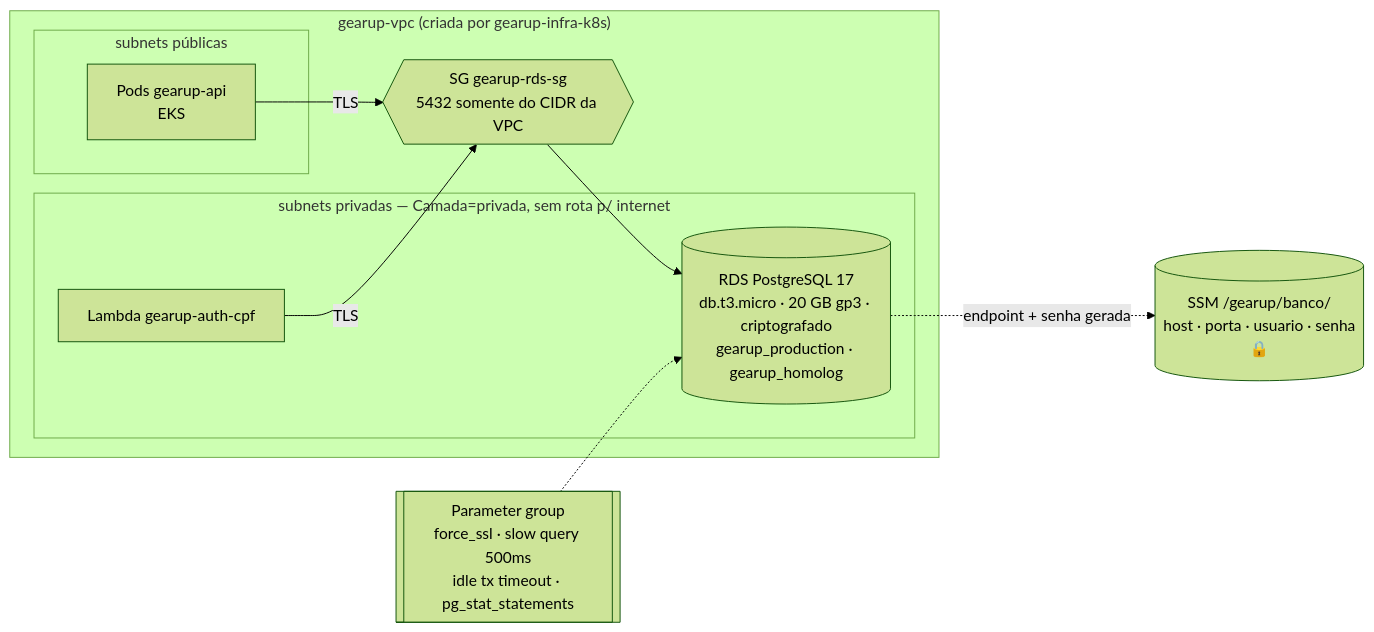
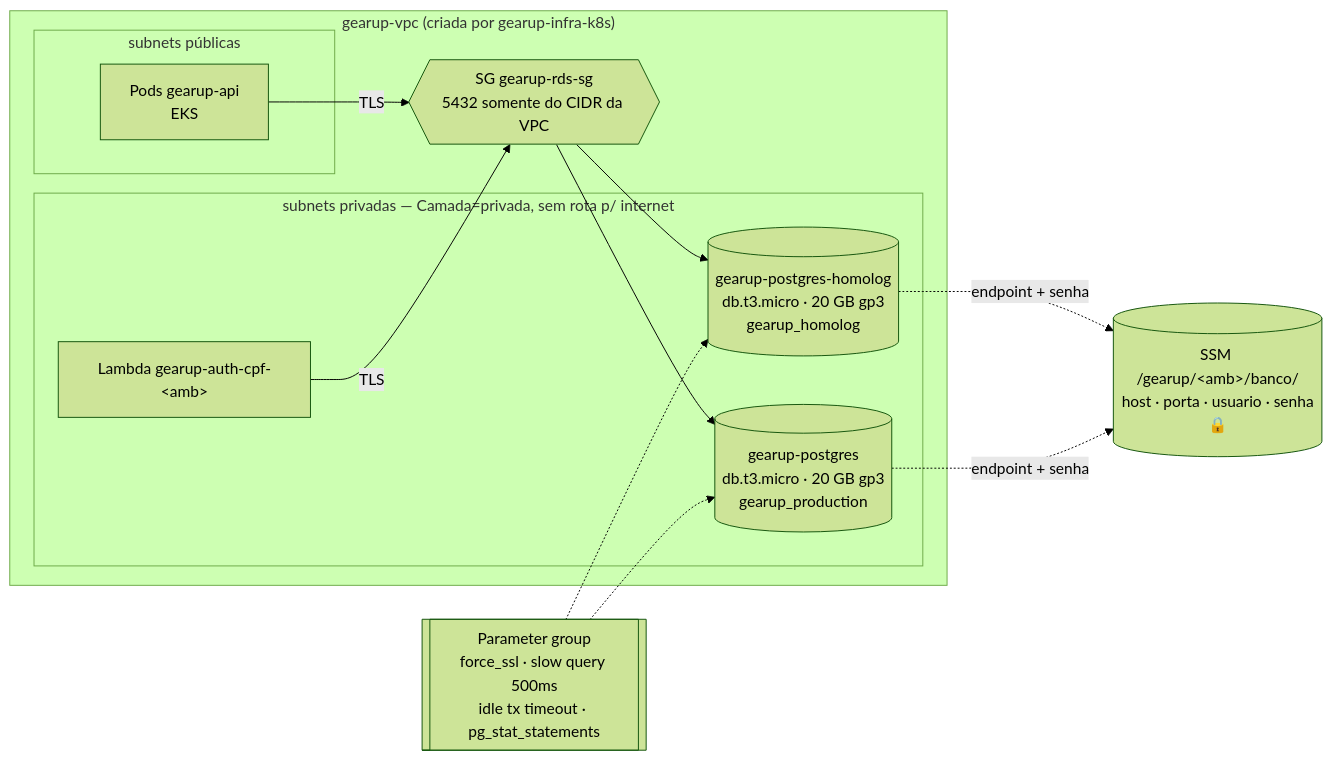
One commit to SOAT-GearUp/gearup-infra-db changed the first of 2 diagrams in README.md. Above: the diagram before and after it, drawn with Mermaid (forest theme). The commit also changed other lines of this file and 4 other files, not shown here.

First line of the commit message:
feat: uma instância RDS por ambiente (homolog e production)

````diff
--- a/README.md
+++ b/README.md
@@ -18,20 +18,25 @@
 ```mermaid
 flowchart LR
     subgraph VPC["gearup-vpc (criada por gearup-infra-k8s)"]
         subgraph PUB["subnets públicas"]
             PODS[Pods gearup-api<br/>EKS]
         end
         subgraph PRIV["subnets privadas — Camada=privada, sem rota p/ internet"]
-            RDS[(RDS PostgreSQL 17<br/>db.t3.micro · 20 GB gp3 · criptografado<br/>gearup_production · gearup_homolog)]
-            LBD[Lambda gearup-auth-cpf]
+            RDSH[(gearup-postgres-homolog<br/>db.t3.micro · 20 GB gp3<br/>gearup_homolog)]
+            RDSP[(gearup-postgres<br/>db.t3.micro · 20 GB gp3<br/>gearup_production)]
+            LBD[Lambda gearup-auth-cpf-&lt;amb&gt;]
         end
         SG{{SG gearup-rds-sg<br/>5432 somente do CIDR da VPC}}
     end
     PG[[Parameter group<br/>force_ssl · slow query 500ms<br/>idle tx timeout · pg_stat_statements]]
-    SSM[(SSM /gearup/banco/<br/>host · porta · usuario · senha🔒)]
+    SSM[(SSM /gearup/&lt;amb&gt;/banco/<br/>host · porta · usuario · senha🔒)]
 
-    PODS -- TLS --> SG --> RDS
+    PODS -- TLS --> SG
     LBD -- TLS --> SG
-    PG -.-> RDS
-    RDS -. endpoint + senha gerada .-> SSM
+    SG --> RDSH
+    SG --> RDSP
+    PG -.-> RDSH
+    PG -.-> RDSP
+    RDSH -. endpoint + senha .-> SSM
+    RDSP -. endpoint + senha .-> SSM
 ```
````
